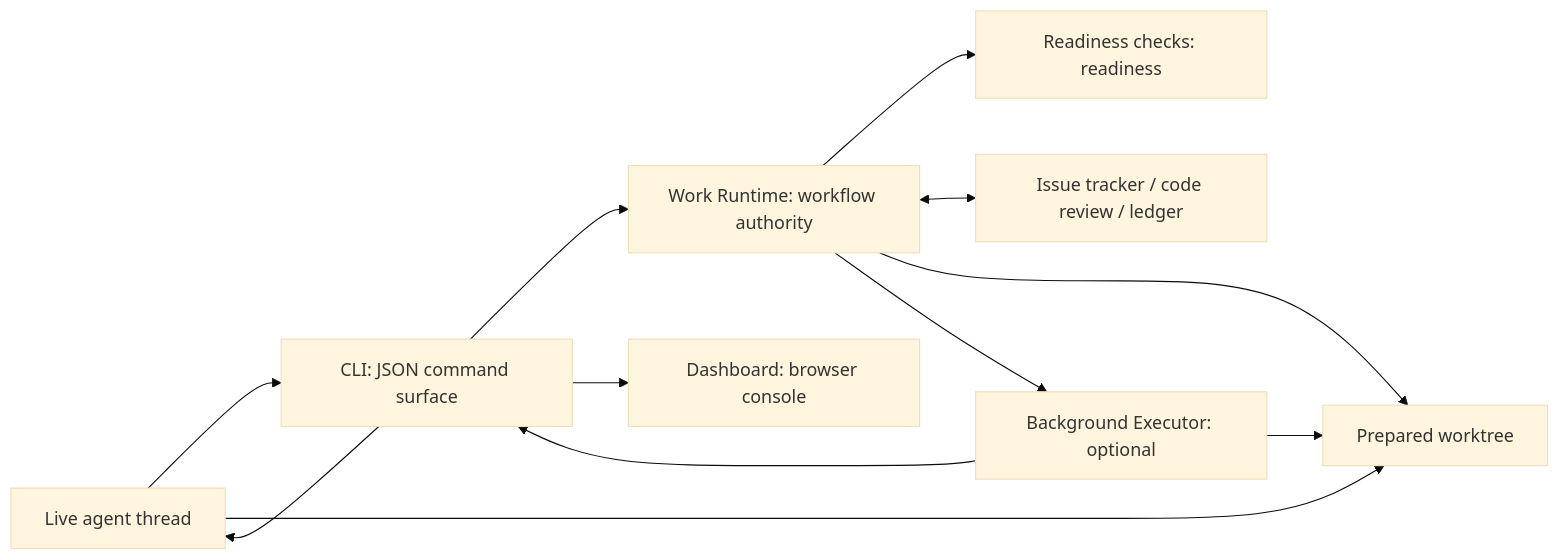
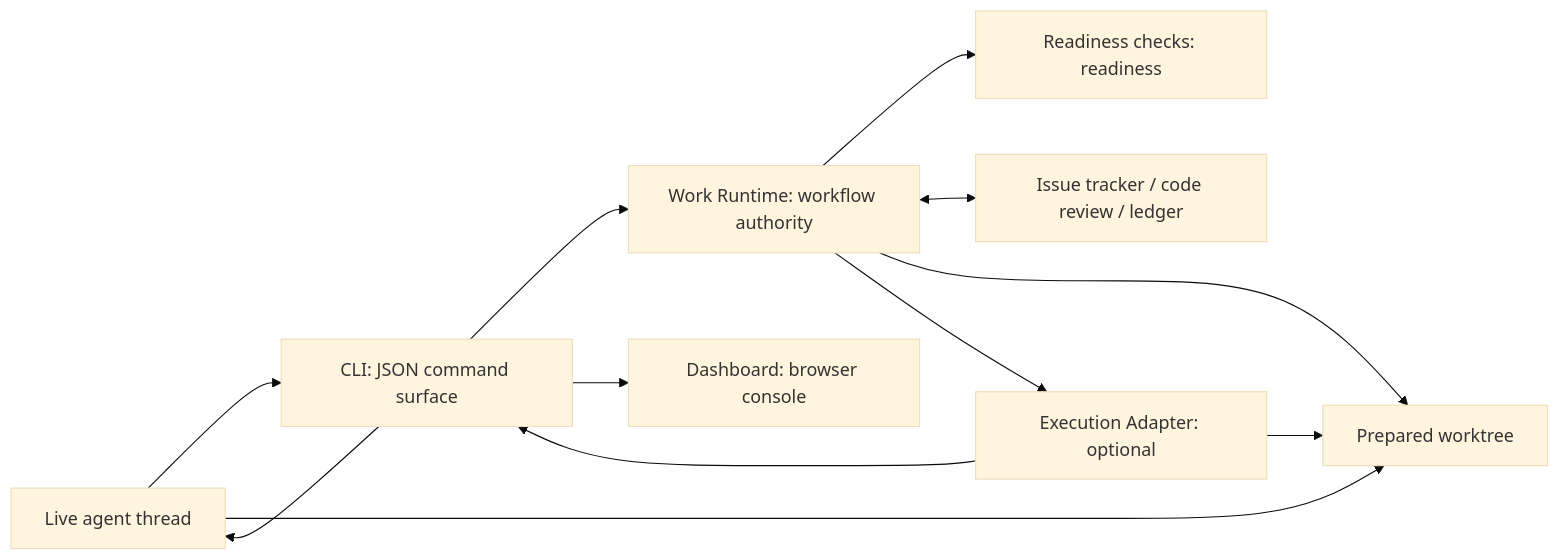
The diagram in docs/runtime-and-dashboard.md (clowrance-proppilot/flow), drawn with Mermaid (base theme) before and after one commit. The commit also changed other lines of this file and 9 other files, not shown here.

Commit message:
Document Flow runtime authority model

````diff
--- a/docs/runtime-and-dashboard.md
+++ b/docs/runtime-and-dashboard.md
@@ -50,22 +52,22 @@
 ```mermaid
 flowchart LR
   Live["Live agent thread"]
   CLI["CLI: JSON command surface"]
   Coord["Work Runtime: workflow authority"]
   Gate["Readiness checks: readiness"]
-  Executor["Background Executor: optional"]
+  Executor["Execution Adapter: optional"]
   Systems["Issue tracker / code review / ledger"]
   Tree["Prepared worktree"]
 
   Live --> CLI
   CLI --> Coord
   Coord --> Gate
   Coord <--> Systems
   Coord --> Tree
   Coord --> Executor
   CLI --> Live
   Live --> Tree
   Executor --> Tree
   Executor --> CLI
   CLI --> Dashboard["Dashboard: browser console"]
 ```
````
